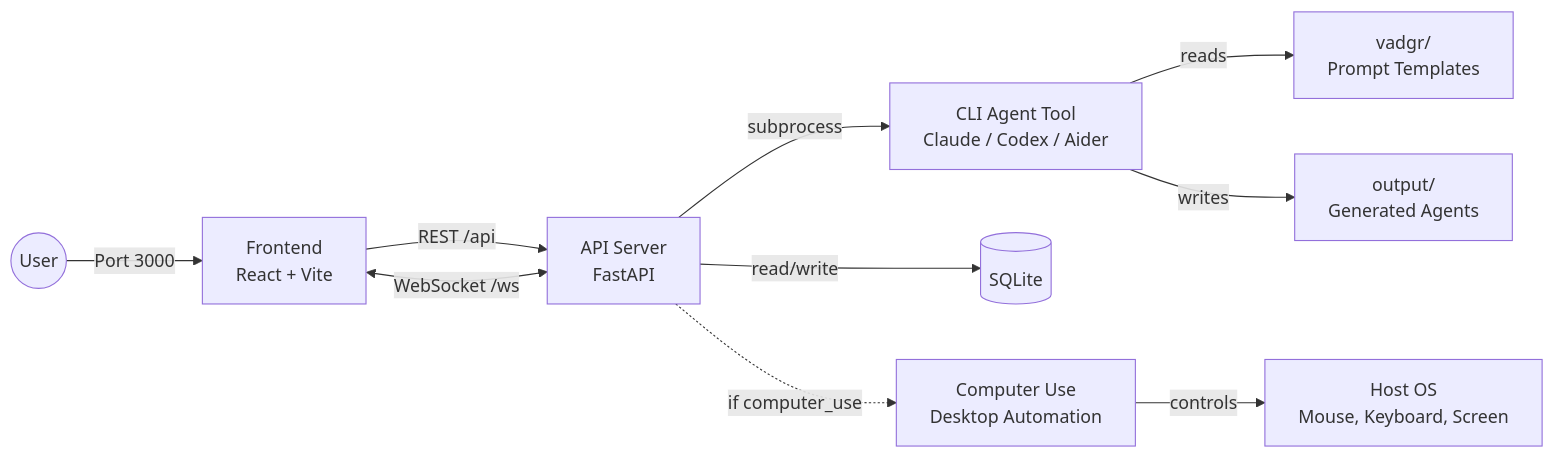
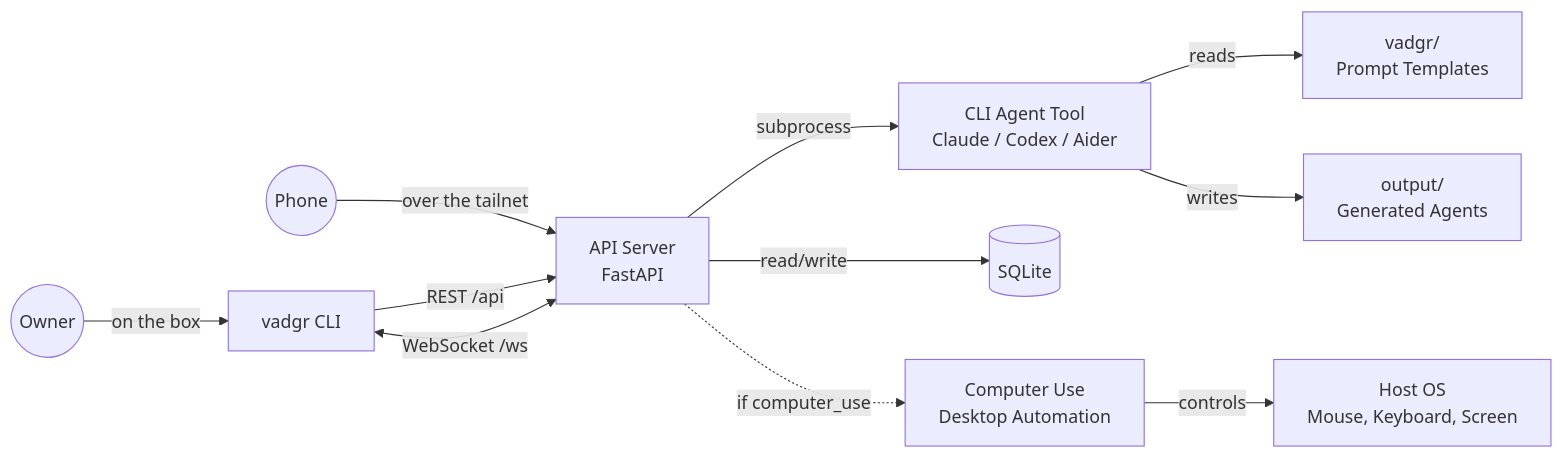
One commit to MONTBRAIN/vadgr changed the diagram in README.md. Above: the diagram before and after it, drawn with Mermaid. The commit also changed other lines of this file and 98 other files, not shown here.

First line of the commit message:
0.4.2: decommission the web frontend (#173)

````diff
--- a/README.md
+++ b/README.md
@@ -128,12 +128,13 @@
 ```mermaid
 graph LR
-    User((User)) -->|Port 3000| FE[Frontend<br/>React + Vite]
-    FE -->|REST /api| API[API Server<br/>FastAPI]
-    FE <-->|WebSocket /ws| API
+    Owner((Owner)) -->|on the box| VCLI[vadgr CLI]
+    Phone((Phone)) -->|over the tailnet| API
+    VCLI -->|REST /api| API[API Server<br/>FastAPI]
+    VCLI <-->|WebSocket /ws| API
     API -->|subprocess| CLI[CLI Agent Tool<br/>Claude / Codex / Aider]
     API -->|read/write| DB[(SQLite)]
     CLI -->|reads| Vadgr[vadgr/<br/>Prompt Templates]
     CLI -->|writes| Output[output/<br/>Generated Agents]
     API -.->|if computer_use| CU[Computer Use<br/>Desktop Automation]
     CU -->|controls| Desktop[Host OS<br/>Mouse, Keyboard, Screen]
 ```
````
